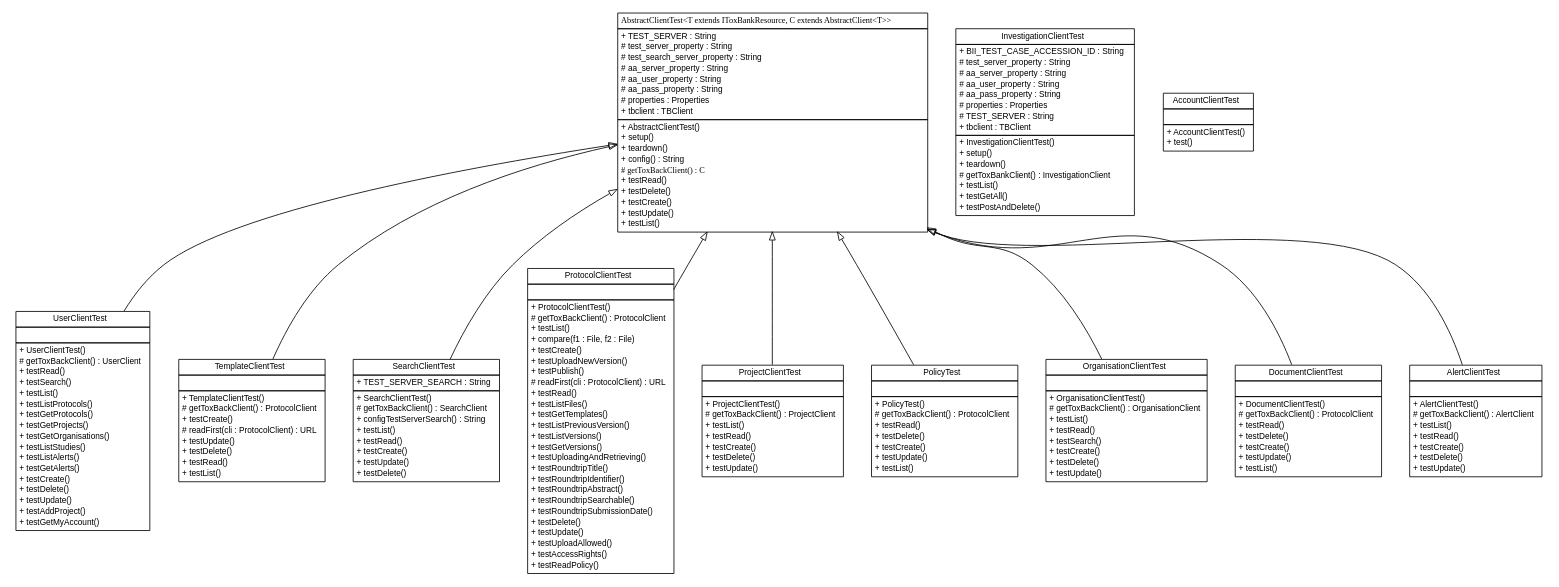
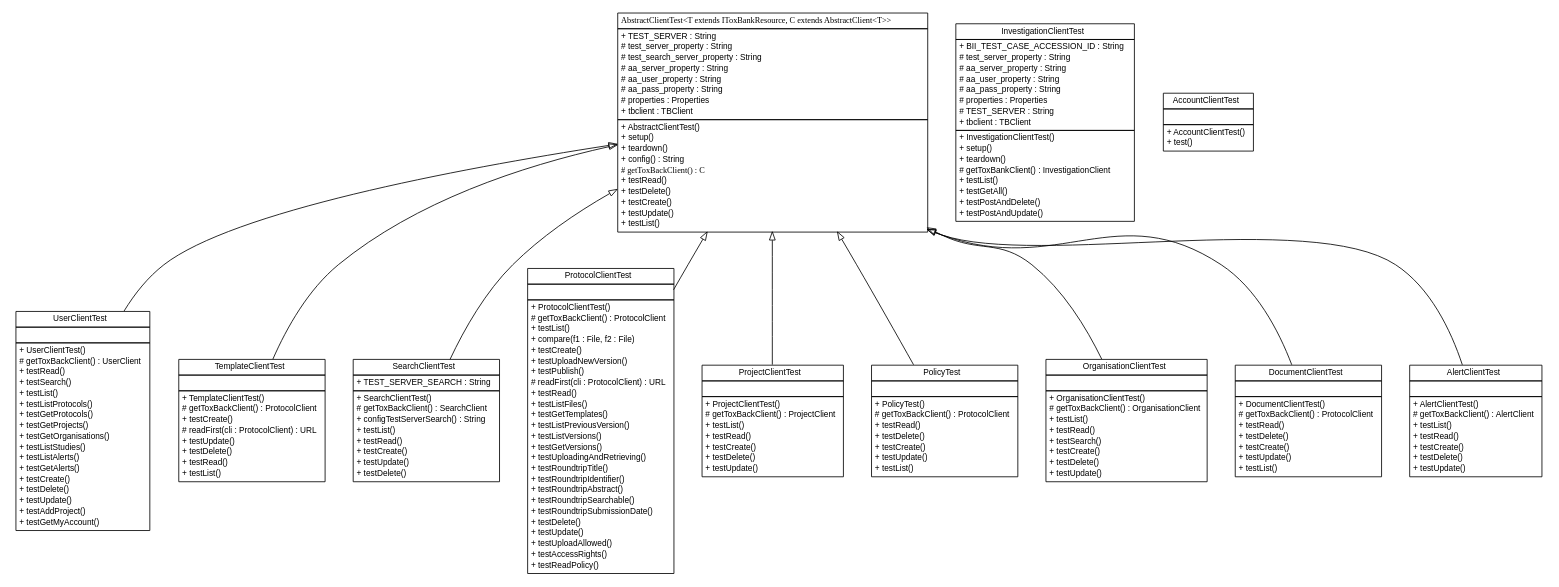
The diagram in testapidocs/net/toxbank/client/resource/net.toxbank.client.resource.dot (ToxBank/toxbank-api-client), drawn with Graphviz before and after one commit. The commit also changed 146 other files, not shown here.

```diff
--- a/testapidocs/net/toxbank/client/resource/net.toxbank.client.resource.dot
+++ b/testapidocs/net/toxbank/client/resource/net.toxbank.client.resource.dot
@@ -187,6 +187,7 @@
 			<tr><td align="left"> + testList() </td></tr>
 			<tr><td align="left"> + testGetAll() </td></tr>
 			<tr><td align="left"> + testPostAndDelete() </td></tr>
+			<tr><td align="left"> + testPostAndUpdate() </td></tr>
 		</table></td></tr>
 		</table>>, fontname="arial", fontcolor="black", fontsize=10.0];
 	// net.toxbank.client.resource.DocumentClientTest
```
